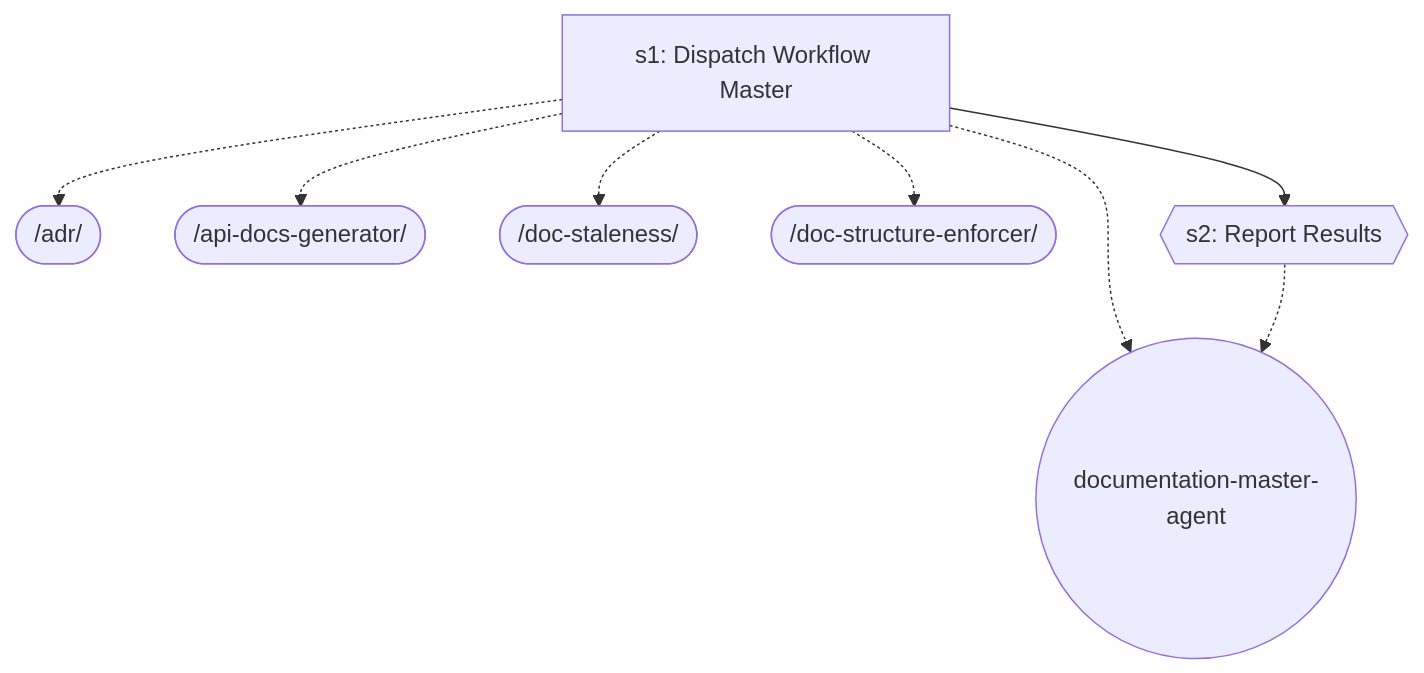
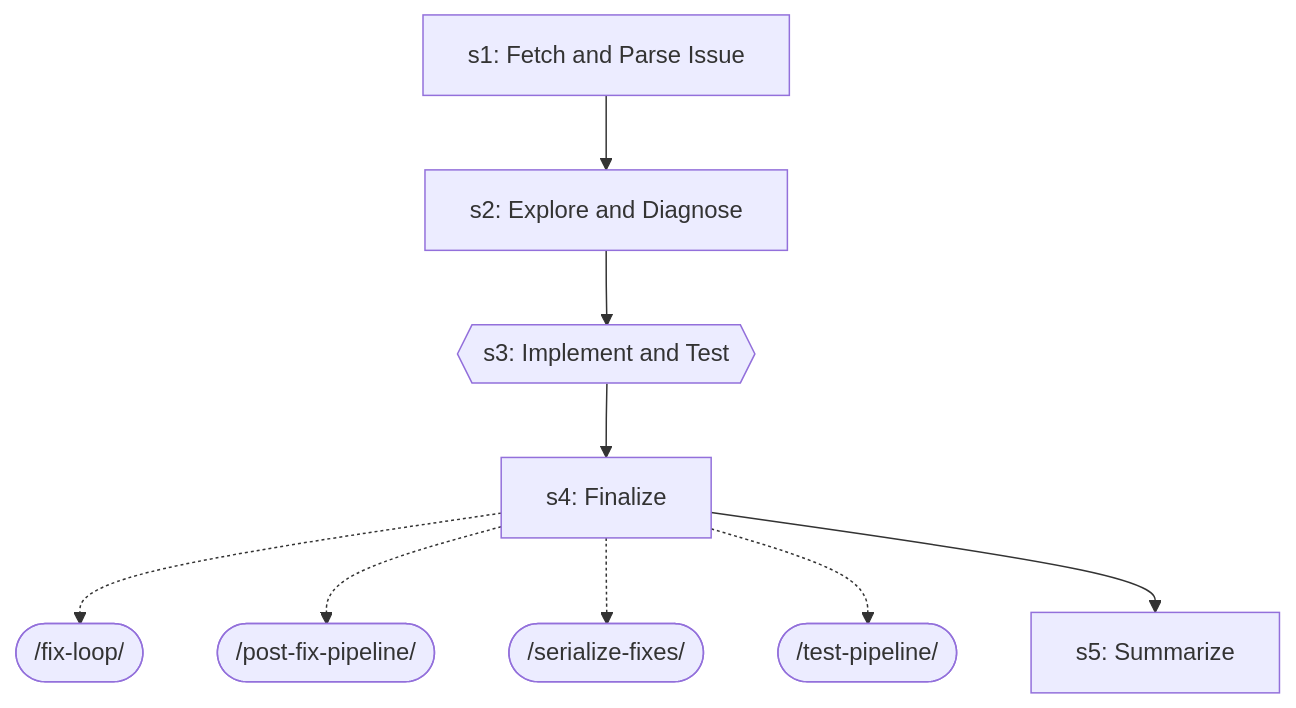
One commit to abhayla/claude-best-practices changed diagram 14 of 14 in docs/workflows/documentation.md. Above: the diagram before and after it, drawn with Mermaid. The commit also changed other lines of this file and 12 other files, not shown here.

````diff
--- a/docs/workflows/documentation.md
+++ b/docs/workflows/documentation.md
@@ -808,18 +987,20 @@
 ```mermaid
 graph TD
-    s1["s1: Dispatch Workflow Master"]
-    adr_ext([/adr/])
-    s1 -.-> adr_ext
-    api_docs_generator_ext([/api-docs-generator/])
-    s1 -.-> api_docs_generator_ext
-    doc_staleness_ext([/doc-staleness/])
-    s1 -.-> doc_staleness_ext
-    doc_structure_enforcer_ext([/doc-structure-enforcer/])
-    s1 -.-> doc_structure_enforcer_ext
-    documentation_master_agent_ext((documentation-master-agent))
-    s1 -.-> documentation_master_agent_ext
-    s2{{s2: Report Results}}
+    s1["s1: Fetch and Parse Issue"]
+    s2["s2: Explore and Diagnose"]
     s1 --> s2
-    documentation_master_agent_ext((documentation-master-agent))
-    s2 -.-> documentation_master_agent_ext
+    s3{{s3: Implement and Test}}
+    s2 --> s3
+    s4["s4: Finalize"]
+    s3 --> s4
+    fix_loop_ext([/fix-loop/])
+    s4 -.-> fix_loop_ext
+    post_fix_pipeline_ext([/post-fix-pipeline/])
+    s4 -.-> post_fix_pipeline_ext
+    serialize_fixes_ext([/serialize-fixes/])
+    s4 -.-> serialize_fixes_ext
+    test_pipeline_ext([/test-pipeline/])
+    s4 -.-> test_pipeline_ext
+    s5["s5: Summarize"]
+    s4 --> s5
 ```
````
